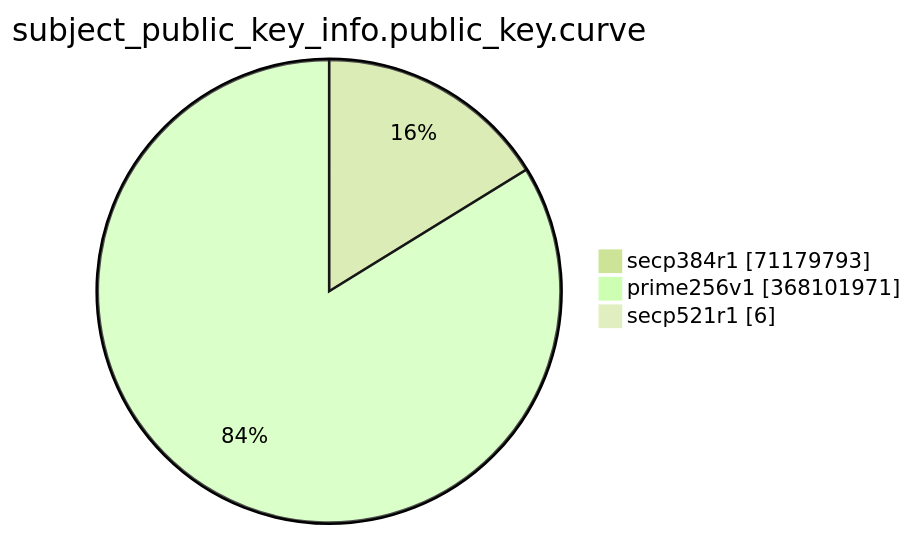
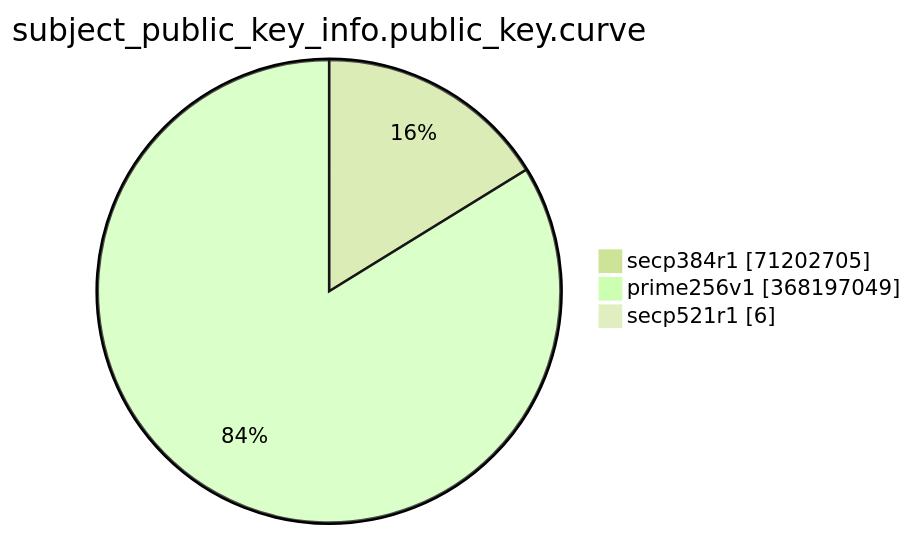
Before and after one commit to christiankrug/ctmonitor_visualization: the eighth of 15 diagrams in TOTAL/README.md, drawn with Mermaid (forest theme). The commit also changed other lines of this file, not shown here.

````diff
--- a/TOTAL/README.md
+++ b/TOTAL/README.md
@@ -3092,7 +3092,7 @@
 ```mermaid
 pie showData
 title subject_public_key_info.public_key.curve
-"secp384r1" :71179793
-"prime256v1" :368101971
+"secp384r1" :71202705
+"prime256v1" :368197049
 "secp521r1" :6
 ```
````
